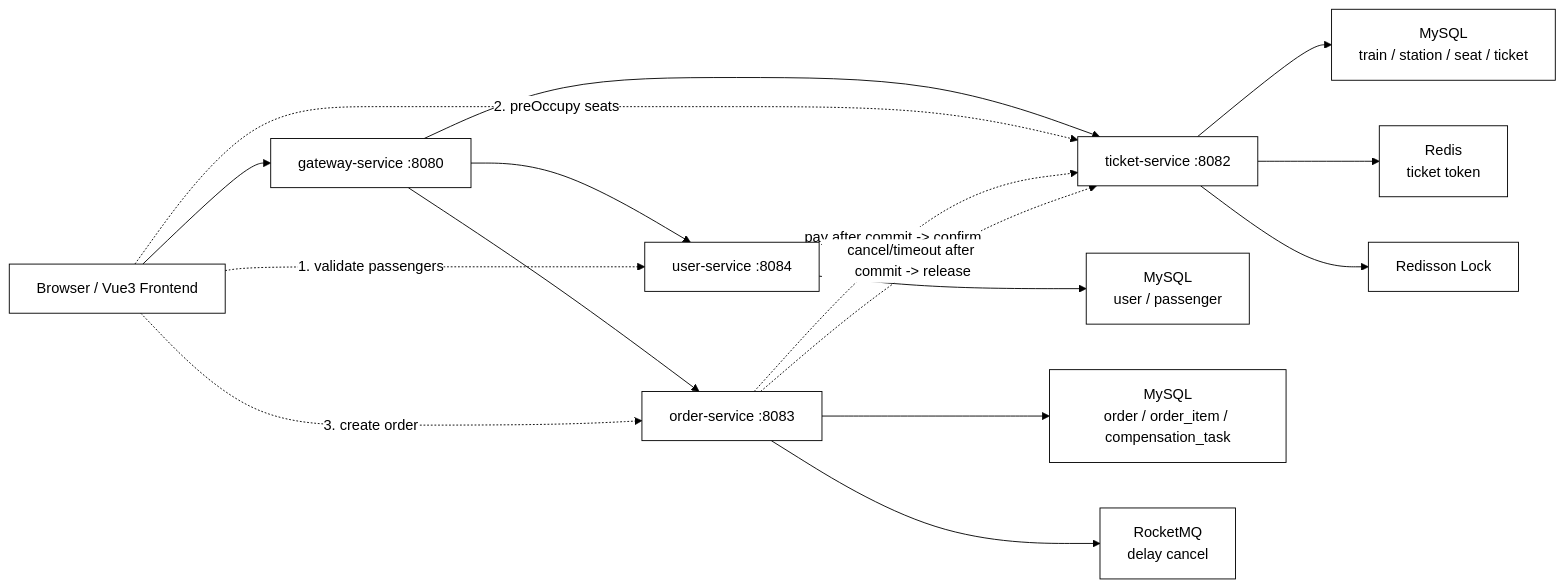
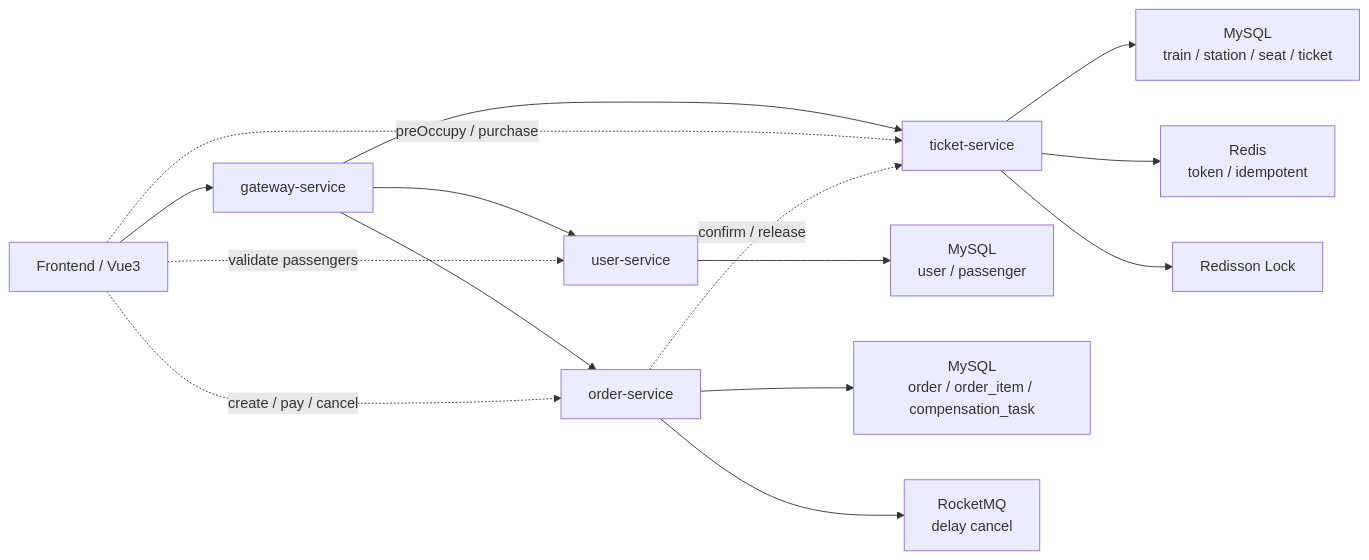
Before and after one commit to LetMeSleep8h/TickGo: the first of 2 diagrams in README.md, drawn with Mermaid. The commit also changed other lines of this file, not shown here.

````diff
--- a/README.md
+++ b/README.md
@@ -29,40 +50,19 @@
 ```mermaid
-%%{init: {'theme': 'base', 'themeVariables': {
-  'background': '#ffffff',
-  'primaryColor': '#ffffff',
-  'primaryTextColor': '#000000',
-  'primaryBorderColor': '#000000',
-  'secondaryColor': '#ffffff',
-  'secondaryTextColor': '#000000',
-  'secondaryBorderColor': '#000000',
-  'tertiaryColor': '#ffffff',
-  'tertiaryTextColor': '#000000',
-  'tertiaryBorderColor': '#000000',
-  'lineColor': '#000000',
-  'textColor': '#000000',
-  'mainBkg': '#ffffff',
-  'nodeBorder': '#000000',
-  'clusterBkg': '#ffffff',
-  'clusterBorder': '#000000'
-}}}%%
 flowchart LR
-    A["Browser / Vue3 Frontend"] --> B["gateway-service :8080"]
+    FE["Frontend / Vue3"] --> GW["gateway-service"]
+    GW --> US["user-service"]
+    GW --> TS["ticket-service"]
+    GW --> OS["order-service"]
 
-    B --> C["user-service :8084"]
-    B --> D["ticket-service :8082"]
-    B --> E["order-service :8083"]
+    US --> UDB["MySQL<br/>user / passenger"]
+    TS --> TDB["MySQL<br/>train / station / seat / ticket"]
+    TS --> R["Redis<br/>token / idempotent"]
+    TS --> RL["Redisson Lock"]
+    OS --> ODB["MySQL<br/>order / order_item / compensation_task"]
+    OS --> MQ["RocketMQ<br/>delay cancel"]
 
-    C --> F["MySQL<br/>user / passenger"]
-    D --> G["MySQL<br/>train / station / seat / ticket"]
-    D --> H["Redis<br/>ticket token"]
-    D --> I["Redisson Lock"]
-    E --> J["MySQL<br/>order / order_item / compensation_task"]
-    E --> K["RocketMQ<br/>delay cancel"]
-
-    A -. "1. validate passengers" .-> C
-    A -. "2. preOccupy seats" .-> D
-    A -. "3. create order" .-> E
-
-    E -. "pay after commit -> confirm" .-> D
-    E -. "cancel/timeout after commit -> release" .-> D
+    FE -. validate passengers .-> US
+    FE -. preOccupy / purchase .-> TS
+    FE -. create / pay / cancel .-> OS
+    OS -. confirm / release .-> TS
 ```
````
